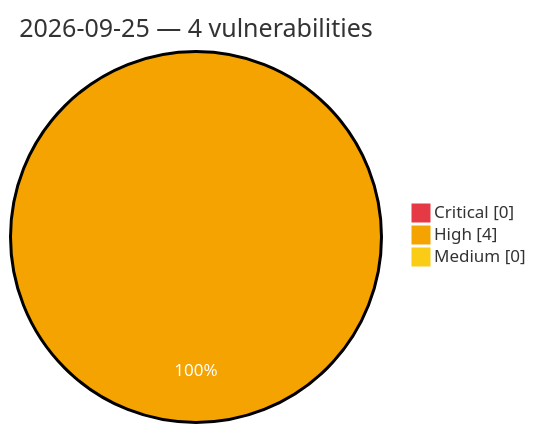
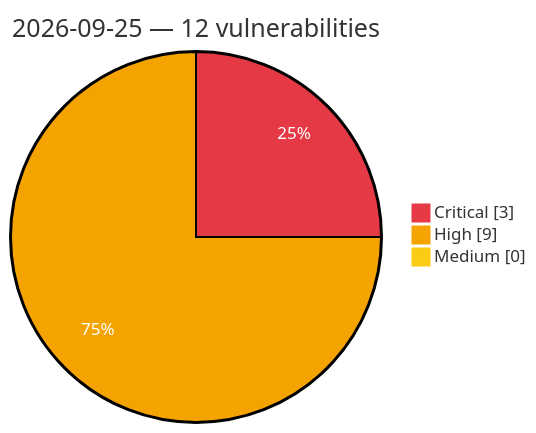
Before and after one commit to GhostX0X/vuln-tracker: the diagram in vulnerabilities/2026/September/2026-09-25.md, drawn with Mermaid. The commit also changed other lines of this file and 5 other files, not shown here.

Commit message:
Auto update: critical/high vulns (2026-09-25 11:08 UTC)

````diff
--- a/vulnerabilities/2026/September/2026-09-25.md
+++ b/vulnerabilities/2026/September/2026-09-25.md
@@ -3,8 +3,8 @@
 ```mermaid
 %%{init: {'theme':'base', 'themeVariables': {'pie1':'#e63946', 'pie2':'#f4a300', 'pie3':'#facc15', 'pieOpacity':'1', 'pieOuterStrokeWidth':'2px', 'pieSectionTextColor':'#ffffff'}}}%%
 pie showData
-    title 2026-09-25 — 4 vulnerabilities
-    "Critical" : 0
-    "High" : 4
+    title 2026-09-25 — 12 vulnerabilities
+    "Critical" : 3
+    "High" : 9
     "Medium" : 0
 ```
````
